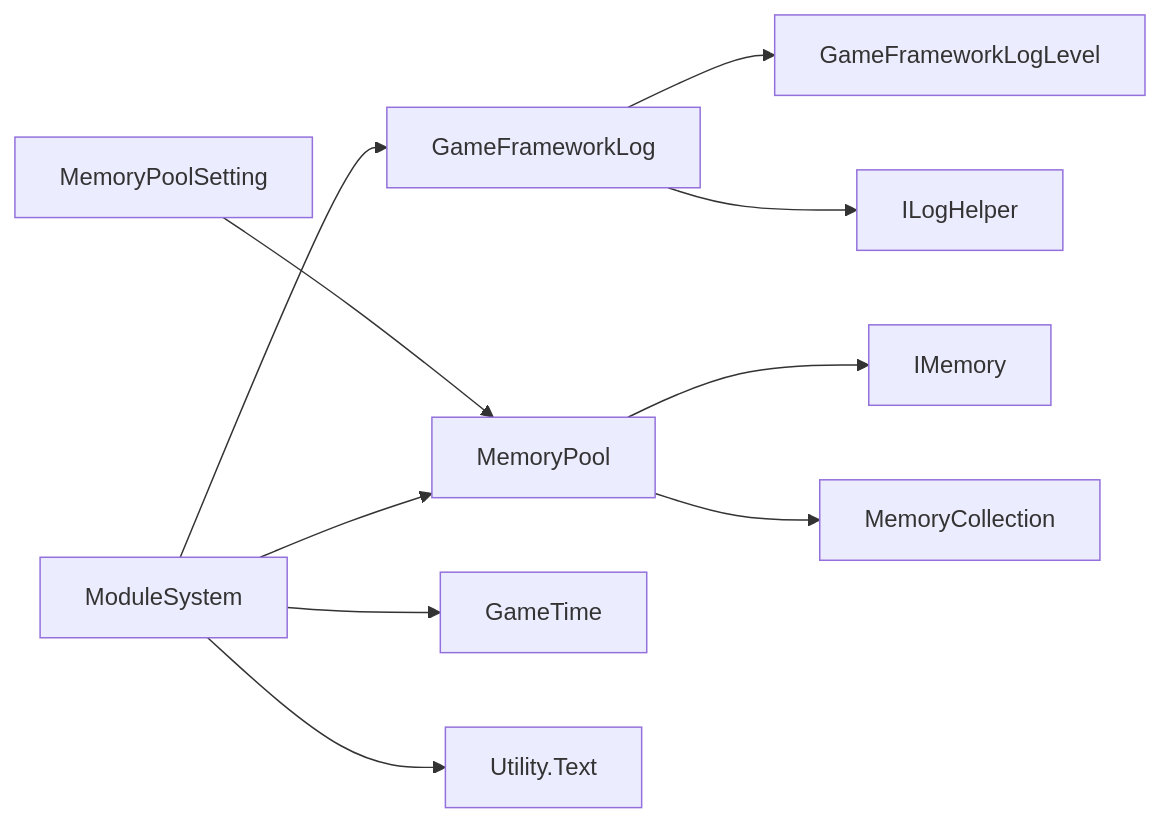
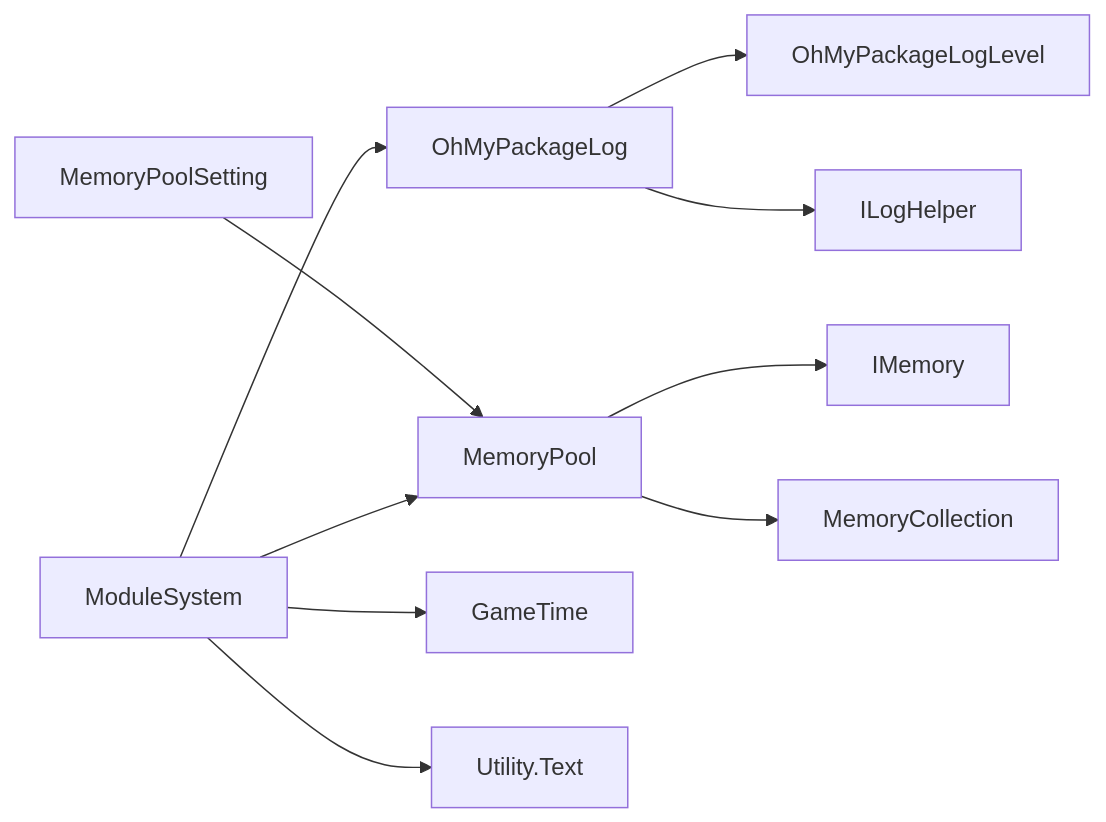
The third of 3 diagrams in repowiki/zh/content/API参考/核心API.md (OxygenIsland/MyGame), drawn with Mermaid before and after one commit. The commit also changed other lines of this file and 34 other files, not shown here.

````diff
--- a/repowiki/zh/content/API参考/核心API.md
+++ b/repowiki/zh/content/API参考/核心API.md
@@ -392,12 +392,12 @@
 ```mermaid
 graph LR
-MS["ModuleSystem"] --> LG["GameFrameworkLog"]
+MS["ModuleSystem"] --> LG["OhMyPackageLog"]
 MS --> MP["MemoryPool"]
 MS --> GT["GameTime"]
 MS --> UT["Utility.Text"]
-LG --> LGL["GameFrameworkLogLevel"]
+LG --> LGL["OhMyPackageLogLevel"]
 LG --> ILH["ILogHelper"]
 MP --> IM["IMemory"]
 MP --> MC["MemoryCollection"]
 MPS["MemoryPoolSetting"] --> MP
 ```
````
